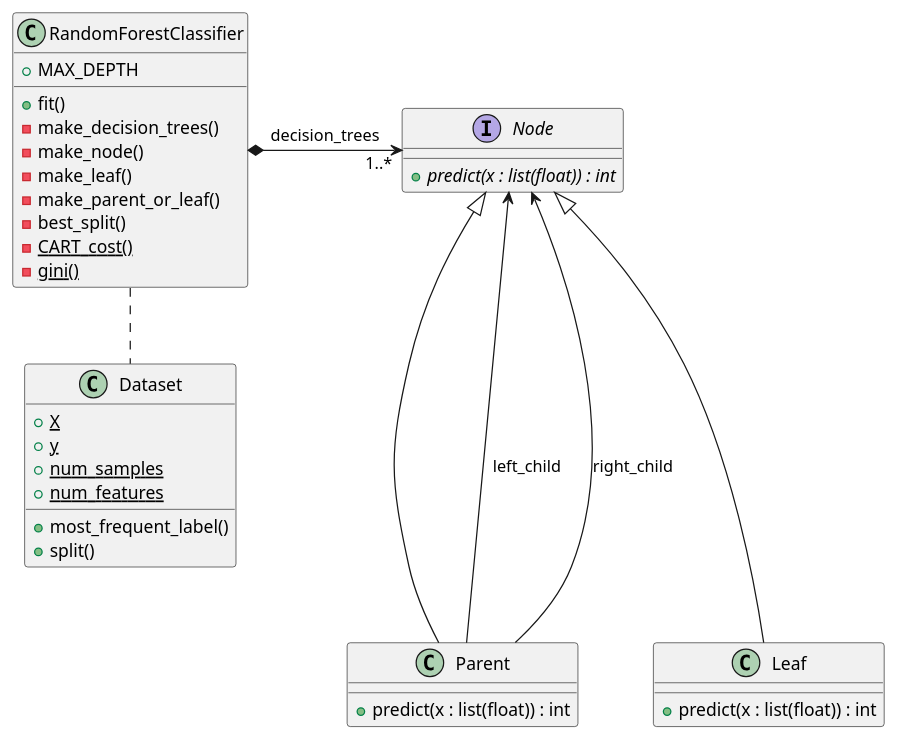
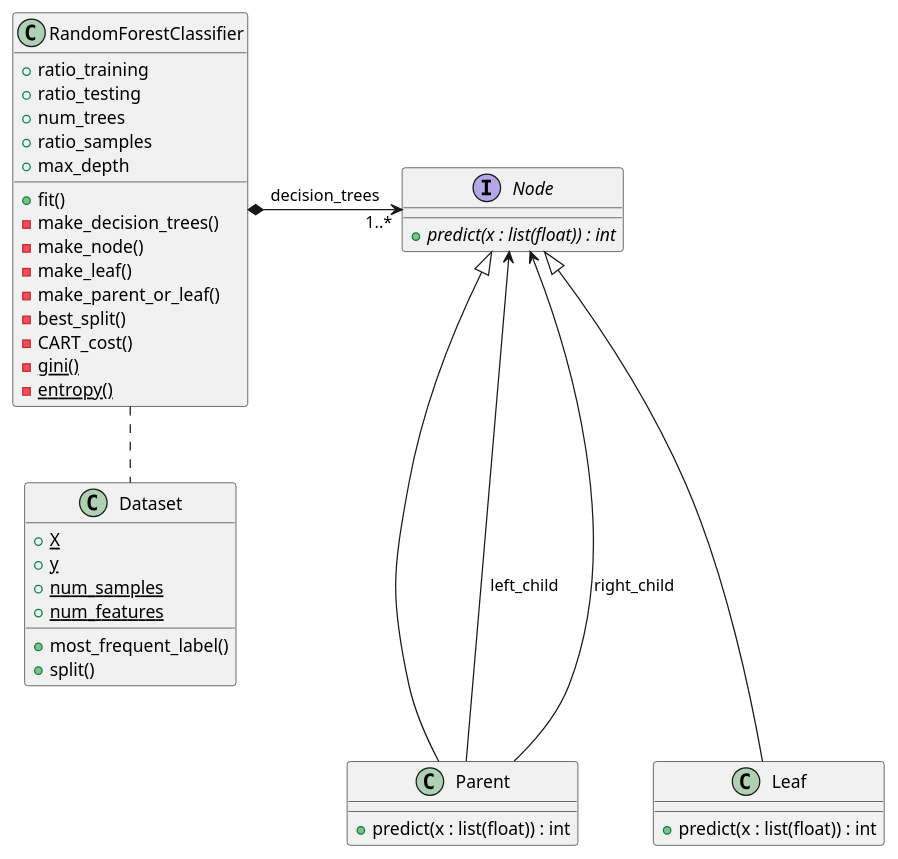
One commit to NIU1752648/POO changed the diagram in Practica/Milestone 1/RandomForest.puml. Above: the diagram before and after it, drawn with PlantUML. The commit also changed 1 other file, not shown here.

```diff
--- a/Practica/Milestone 1/RandomForest.puml
+++ b/Practica/Milestone 1/RandomForest.puml
@@ -1,43 +1,49 @@
-@startuml
+@startuml RandomForestClassifier
+
 class RandomForestClassifier {
-+MAX_DEPTH
++ratio_training
++ratio_testing
++num_trees
++ratio_samples
++max_depth
 +fit()
 -make_decision_trees()
 -make_node()
 -make_leaf()
 -make_parent_or_leaf()
 -best_split()
-- {static}CART_cost()
-- {static}gini()
+-CART_cost()
+-{static}gini()
+-{static}entropy()
 }
 
 interface Node {
 {abstract} +predict(x : list(float)) : int
 }
 
 class Leaf {
 +predict(x : list(float)) : int
 }
 
 class Parent {
 +predict(x : list(float)) : int
 }
 
 class Dataset {
 + {static}X
 + {static}y
 + {static}num_samples
 + {static}num_features
 
 + most_frequent_label()
 +split()
 }
 
 RandomForestClassifier *-right-> "1..*" Node : decision_trees
 Leaf -up--|> Node
 Parent -up--|> Node
 Parent ---> Node : left_child
 Parent ---> Node : right_child
 RandomForestClassifier .down. Dataset
 
 @enduml
```
